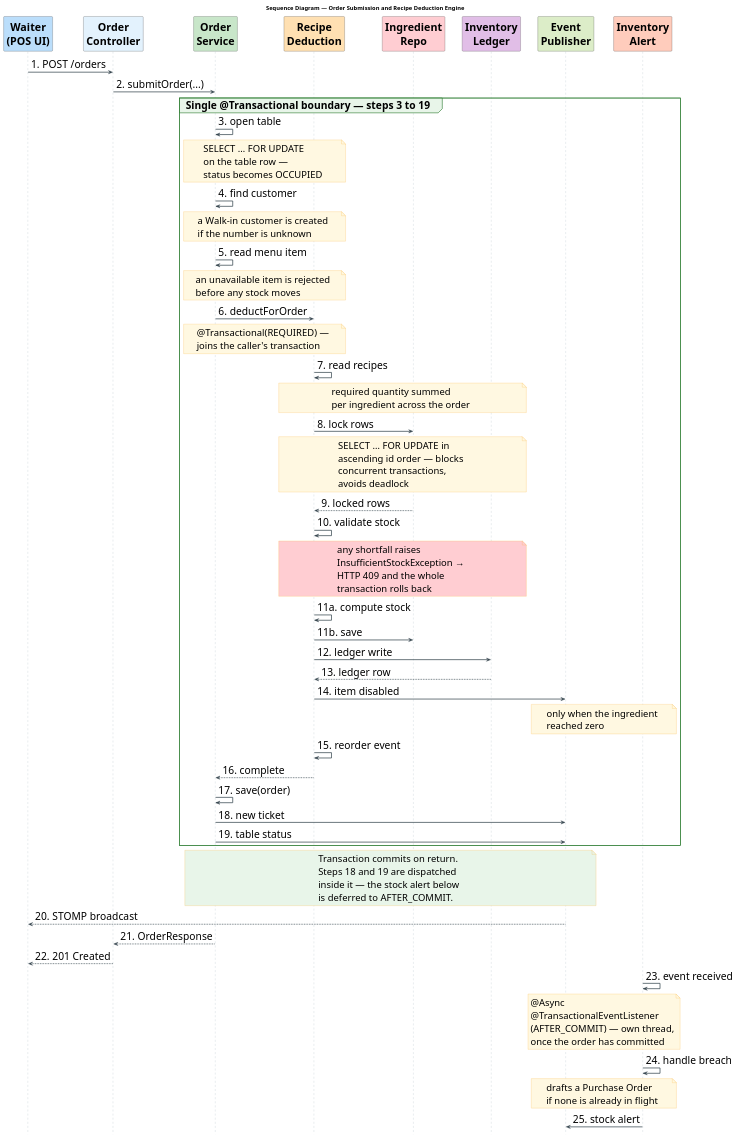
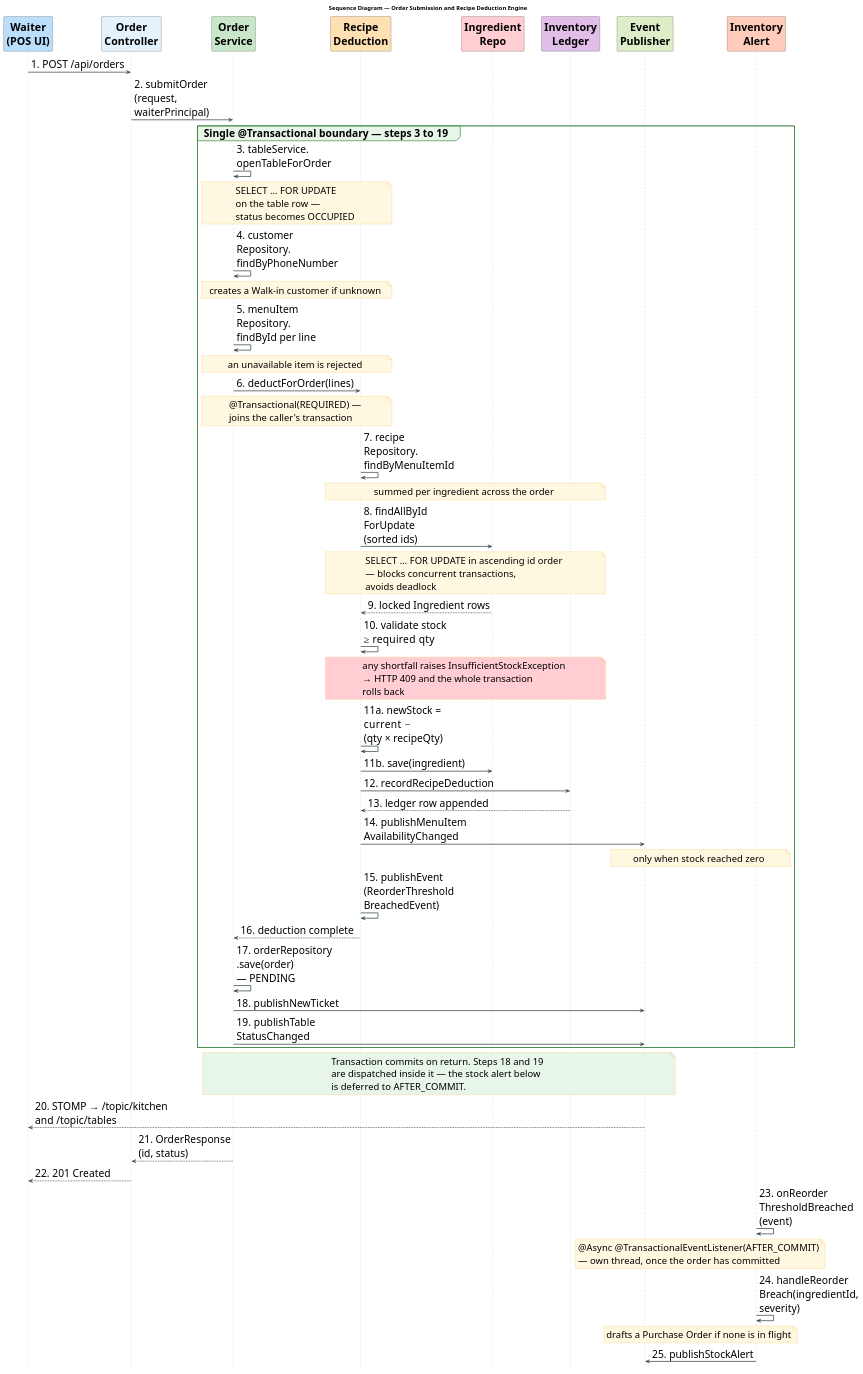
One commit to Buddhimal-Ramanayaka/restaurant-management-system changed the diagram in diagrams-source/fig3_4_sequence.puml. Above: the diagram before and after it, drawn with PlantUML. The commit also changed 2 other files, not shown here.

Commit message:
Restore method names in Fig 3.4; clarify Fig 3.6; space Fig 3.7 heading
Fig 3.4 carried terse labels ("3. open table", "12. ledger write") that had
been shortened purely to buy width, which lost the actual method names.
Restored in full, wrapped over two or three lines so each label is narrow,
and the notes tightened to reclaim the height that cost. 6.3pt -> 5.4pt:
full signatures cannot be had at the smaller size, width is the sum of the
lifeline columns and each column is as wide as its widest label.

Fig 3.6 Level 0 was a radial hub with eleven separate arrows and scattered
labels. Now one bidirectional edge per actor with both directions marked
(-> out / <- in), eleven edges down to eight and no crossings. Subgraph
titles removed: mermaid centres them inside the content band so they are
always overlapped by whatever sits centre-top, and raising the container
padding clears nothing while costing 0.6pt. The caption already names both
levels.

Fig 3.7 title given a sized spacer line so the heading is not hard against
the swimlane header row. Note "&nbsp;" is printed literally by PlantUML;
"<size:10> </size>" gives real whitespace.

```diff
--- a/diagrams-source/fig3_4_sequence.puml
+++ b/diagrams-source/fig3_4_sequence.puml
@@ -1,146 +1,136 @@
 @startuml
 ' Figure 3.4 - Sequence Diagram, Order Submission and Recipe Deduction
 '
 ' Rebuilt in PlantUML. The mermaid version could not be sized: mermaid 11 ignores
 ' sequence options from both a %%{init}%% directive and mmdc -c, so actorMargin,
 ' messageMargin and every font size were inert - it rendered at a fixed 16px in a
 ' 1863-unit viewBox, which is 3.6pt on the page. PlantUML honours them.
 '
 ' One colour per participant, as in the original figure.
 '
 ' Sizing: printed size is fontSize x 668.2 / canvas_width when the figure is placed
 ' landscape, so canvas WIDTH is the only thing that matters. Width is the sum of the
 ' eight columns, and each column is as wide as its widest label - so participant names
 ' and message labels are kept short and the detail is carried in notes, which are
 ' anchored "over" a pair of lifelines and therefore cannot widen the canvas.
 '
 ' Verified against OrderService.submitOrder, RecipeDeductionService.deductForOrder /
 ' handlePostDeductionThresholds and InventoryAlertService.
 
 skinparam backgroundColor #FFFFFF
 skinparam shadowing false
 skinparam defaultFontName "Arial"
 skinparam defaultFontSize 26
 skinparam ArrowThickness 1.8
 
 skinparam sequence {
   ArrowColor #37474F
   ArrowFontSize 25
   ParticipantFontSize 26
   ParticipantFontStyle bold
   ParticipantPadding 16
   BoxPadding 12
   LifeLineBorderColor #90A4AE
   LifeLineBackgroundColor #FAFAFA
   GroupHeaderFontSize 25
   GroupHeaderFontStyle bold
   GroupBackgroundColor #E8F5E9
   GroupBorderColor #2E7D32
 }
 skinparam note {
   FontSize 23
   BackgroundColor #FFF8E1
   BorderColor #F9A825
 }
 
 hide footbox
 
 title Sequence Diagram — Order Submission and Recipe Deduction Engine
 
 participant "Waiter\n(POS UI)"   as W  #BBDEFB
 participant "Order\nController"  as C  #E3F2FD
 participant "Order\nService"     as OS #C8E6C9
 participant "Recipe\nDeduction"  as RD #FFE0B2
 participant "Ingredient\nRepo"   as IR #FFCDD2
 participant "Inventory\nLedger"  as IL #E1BEE7
 participant "Event\nPublisher"   as EP #DCEDC8
 participant "Inventory\nAlert"   as AL #FFCCBC
 
-W  -> C  : 1. POST /orders
-C  -> OS : 2. submitOrder(...)
+W  -> C  : 1. POST /api/orders
+C  -> OS : 2. submitOrder\n(request,\nwaiterPrincipal)
 
 group Single @Transactional boundary — steps 3 to 19
-  OS -> OS : 3. open table
+  OS -> OS : 3. tableService.\nopenTableForOrder
   note over OS, RD
     SELECT … FOR UPDATE
     on the table row —
     status becomes OCCUPIED
   end note
-  OS -> OS : 4. find customer
+  OS -> OS : 4. customer\nRepository.\nfindByPhoneNumber
   note over OS, RD
-    a Walk-in customer is created
-    if the number is unknown
+    creates a Walk-in customer if unknown
   end note
-  OS -> OS : 5. read menu item
+  OS -> OS : 5. menuItem\nRepository.\nfindById per line
   note over OS, RD
     an unavailable item is rejected
-    before any stock moves
   end note
 
-  OS -> RD : 6. deductForOrder
+  OS -> RD : 6. deductForOrder(lines)
   note over OS, RD
     @Transactional(REQUIRED) —
     joins the caller's transaction
   end note
-  RD -> RD : 7. read recipes
+  RD -> RD : 7. recipe\nRepository.\nfindByMenuItemId
   note over RD, IL
-    required quantity summed
-    per ingredient across the order
+    summed per ingredient across the order
   end note
-  RD -> IR : 8. lock rows
+  RD -> IR : 8. findAllById\nForUpdate\n(sorted ids)
   note over RD, IL
-    SELECT … FOR UPDATE in
-    ascending id order — blocks
-    concurrent transactions,
+    SELECT … FOR UPDATE in ascending id order
+    — blocks concurrent transactions,
     avoids deadlock
   end note
-  IR --> RD : 9. locked rows
-  RD -> RD : 10. validate stock
+  IR --> RD : 9. locked Ingredient rows
+  RD -> RD : 10. validate stock\n≥ required qty
   note over RD, IL #FFCDD2
-    any shortfall raises
-    InsufficientStockException →
-    HTTP 409 and the whole
-    transaction rolls back
+    any shortfall raises InsufficientStockException
+    → HTTP 409 and the whole transaction
+    rolls back
   end note
-  RD -> RD : 11a. compute stock
-  RD -> IR : 11b. save
-  RD -> IL : 12. ledger write
-  IL --> RD : 13. ledger row
-  RD -> EP : 14. item disabled
+  RD -> RD : 11a. newStock =\ncurrent −\n(qty × recipeQty)
+  RD -> IR : 11b. save(ingredient)
+  RD -> IL : 12. recordRecipeDeduction
+  IL --> RD : 13. ledger row appended
+  RD -> EP : 14. publishMenuItem\nAvailabilityChanged
   note over EP, AL
-    only when the ingredient
-    reached zero
+    only when stock reached zero
   end note
-  RD -> RD : 15. reorder event
-  RD --> OS : 16. complete
-  OS -> OS : 17. save(order)
-  OS -> EP : 18. new ticket
-  OS -> EP : 19. table status
+  RD -> RD : 15. publishEvent\n(ReorderThreshold\nBreachedEvent)
+  RD --> OS : 16. deduction complete
+  OS -> OS : 17. orderRepository\n.save(order)\n— PENDING
+  OS -> EP : 18. publishNewTicket
+  OS -> EP : 19. publishTable\nStatusChanged
 end
 
 note over OS, EP #E8F5E9
-  Transaction commits on return.
-  Steps 18 and 19 are dispatched
-  inside it — the stock alert below
+  Transaction commits on return. Steps 18 and 19
+  are dispatched inside it — the stock alert below
   is deferred to AFTER_COMMIT.
 end note
 
-EP --> W : 20. STOMP broadcast
-OS --> C : 21. OrderResponse
+EP --> W : 20. STOMP → /topic/kitchen\nand /topic/tables
+OS --> C : 21. OrderResponse\n(id, status)
 C  --> W : 22. 201 Created
 
-AL -> AL : 23. event received
+AL -> AL : 23. onReorder\nThresholdBreached\n(event)
 note over EP, AL
-  @Async
-  @TransactionalEventListener
-  (AFTER_COMMIT) — own thread,
-  once the order has committed
+  @Async @TransactionalEventListener(AFTER_COMMIT)
+  — own thread, once the order has committed
 end note
-AL -> AL : 24. handle breach
+AL -> AL : 24. handleReorder\nBreach(ingredientId,\nseverity)
 note over EP, AL
-  drafts a Purchase Order
-  if none is already in flight
+  drafts a Purchase Order if none is in flight
 end note
-AL -> EP : 25. stock alert
+AL -> EP : 25. publishStockAlert
 
 @enduml
```
